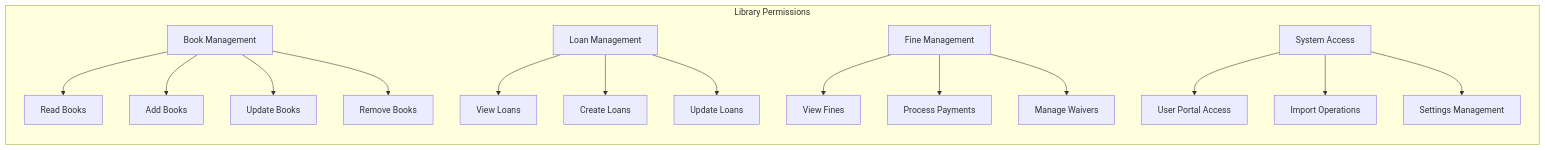
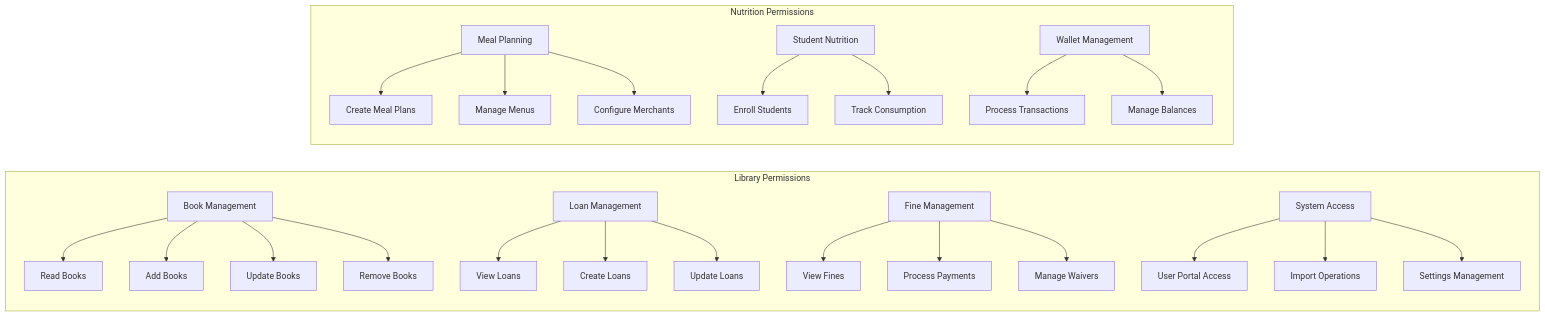
One commit to geniusdynamics/schoolpilot changed diagram 12 of 12 in .qoder/repowiki/en/content/Modules System/Library Module.md. Above: the diagram before and after it, drawn with Mermaid. The commit also changed other lines of this file and 54 other files, not shown here.

````diff
--- a/.qoder/repowiki/en/content/Modules System/Library Module.md
+++ b/.qoder/repowiki/en/content/Modules System/Library Module.md
@@ -463,18 +789,27 @@
 ```mermaid
 graph LR
 subgraph "Library Permissions"
 A[Book Management] --> B[Read Books]
 A --> C[Add Books]
 A --> D[Update Books]
 A --> E[Remove Books]
 F[Loan Management] --> G[View Loans]
 F --> H[Create Loans]
 F --> I[Update Loans]
 J[Fine Management] --> K[View Fines]
 J --> L[Process Payments]
 J --> M[Manage Waivers]
 N[System Access] --> O[User Portal Access]
 N --> P[Import Operations]
 N --> Q[Settings Management]
 end
+subgraph "Nutrition Permissions"
+R[Meal Planning] --> S[Create Meal Plans]
+R --> T[Manage Menus]
+R --> U[Configure Merchants]
+V[Student Nutrition] --> W[Enroll Students]
+V --> X[Track Consumption]
+Y[Wallet Management] --> Z[Process Transactions]
+Y --> AA[Manage Balances]
+end
 ```
````
